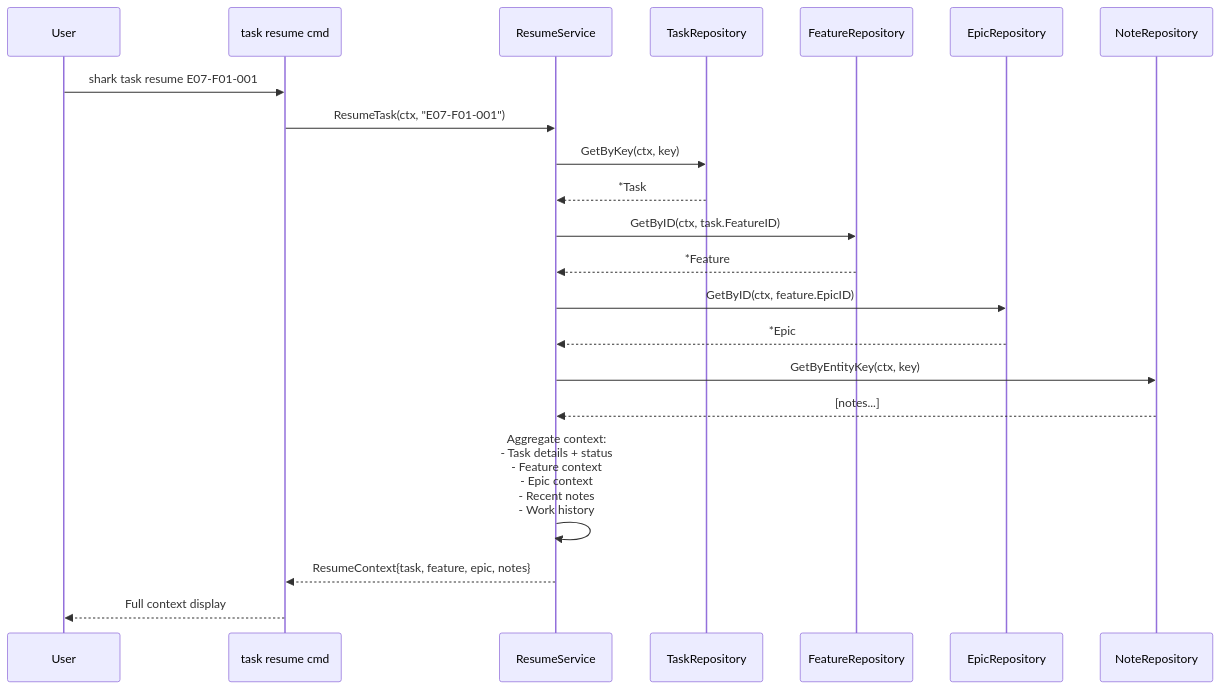
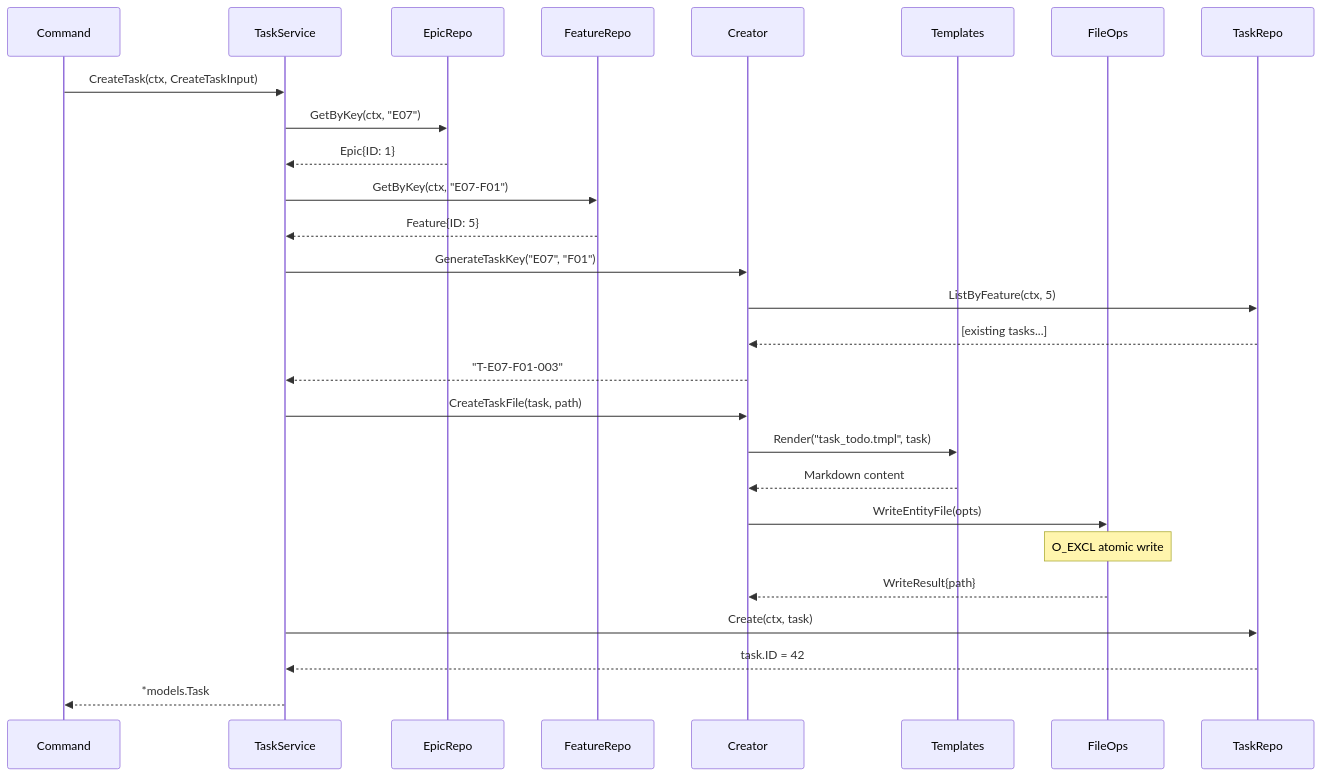
Before and after one commit to jwwelbor/shark-task-manager: the fifth of 5 diagrams in brownfield-docs/diagrams/behavioral/sequence-diagrams.md, drawn with Mermaid. The commit also changed other lines of this file and 47 other files, not shown here.

````diff
--- a/brownfield-docs/diagrams/behavioral/sequence-diagrams.md
+++ b/brownfield-docs/diagrams/behavioral/sequence-diagrams.md
@@ -138,30 +118,30 @@
 ```mermaid
 sequenceDiagram
-    participant User
-    participant Cmd as task resume cmd
-    participant Resume as ResumeService
-    participant TaskRepo as TaskRepository
-    participant FeatRepo as FeatureRepository
-    participant EpicRepo as EpicRepository
-    participant NoteRepo as NoteRepository
+    participant CMD as Command
+    participant SVC as TaskService
+    participant EPIC as EpicRepo
+    participant FEAT as FeatureRepo
+    participant CREATOR as Creator
+    participant TMPL as Templates
+    participant FOPS as FileOps
+    participant REPO as TaskRepo
 
-    User->>Cmd: shark task resume E07-F01-001
-    Cmd->>Resume: ResumeTask(ctx, "E07-F01-001")
-
-    Resume->>TaskRepo: GetByKey(ctx, key)
-    TaskRepo-->>Resume: *Task
-
-    Resume->>FeatRepo: GetByID(ctx, task.FeatureID)
-    FeatRepo-->>Resume: *Feature
-
-    Resume->>EpicRepo: GetByID(ctx, feature.EpicID)
-    EpicRepo-->>Resume: *Epic
-
-    Resume->>NoteRepo: GetByEntityKey(ctx, key)
-    NoteRepo-->>Resume: [notes...]
-
-    Resume->>Resume: Aggregate context:<br/>- Task details + status<br/>- Feature context<br/>- Epic context<br/>- Recent notes<br/>- Work history
-
-    Resume-->>Cmd: ResumeContext{task, feature, epic, notes}
-    Cmd-->>User: Full context display
+    CMD->>SVC: CreateTask(ctx, CreateTaskInput)
+    SVC->>EPIC: GetByKey(ctx, "E07")
+    EPIC-->>SVC: Epic{ID: 1}
+    SVC->>FEAT: GetByKey(ctx, "E07-F01")
+    FEAT-->>SVC: Feature{ID: 5}
+    SVC->>CREATOR: GenerateTaskKey("E07", "F01")
+    CREATOR->>REPO: ListByFeature(ctx, 5)
+    REPO-->>CREATOR: [existing tasks...]
+    CREATOR-->>SVC: "T-E07-F01-003"
+    SVC->>CREATOR: CreateTaskFile(task, path)
+    CREATOR->>TMPL: Render("task_todo.tmpl", task)
+    TMPL-->>CREATOR: Markdown content
+    CREATOR->>FOPS: WriteEntityFile(opts)
+    Note over FOPS: O_EXCL atomic write
+    FOPS-->>CREATOR: WriteResult{path}
+    SVC->>REPO: Create(ctx, task)
+    REPO-->>SVC: task.ID = 42
+    SVC-->>CMD: *models.Task
 ```
````
